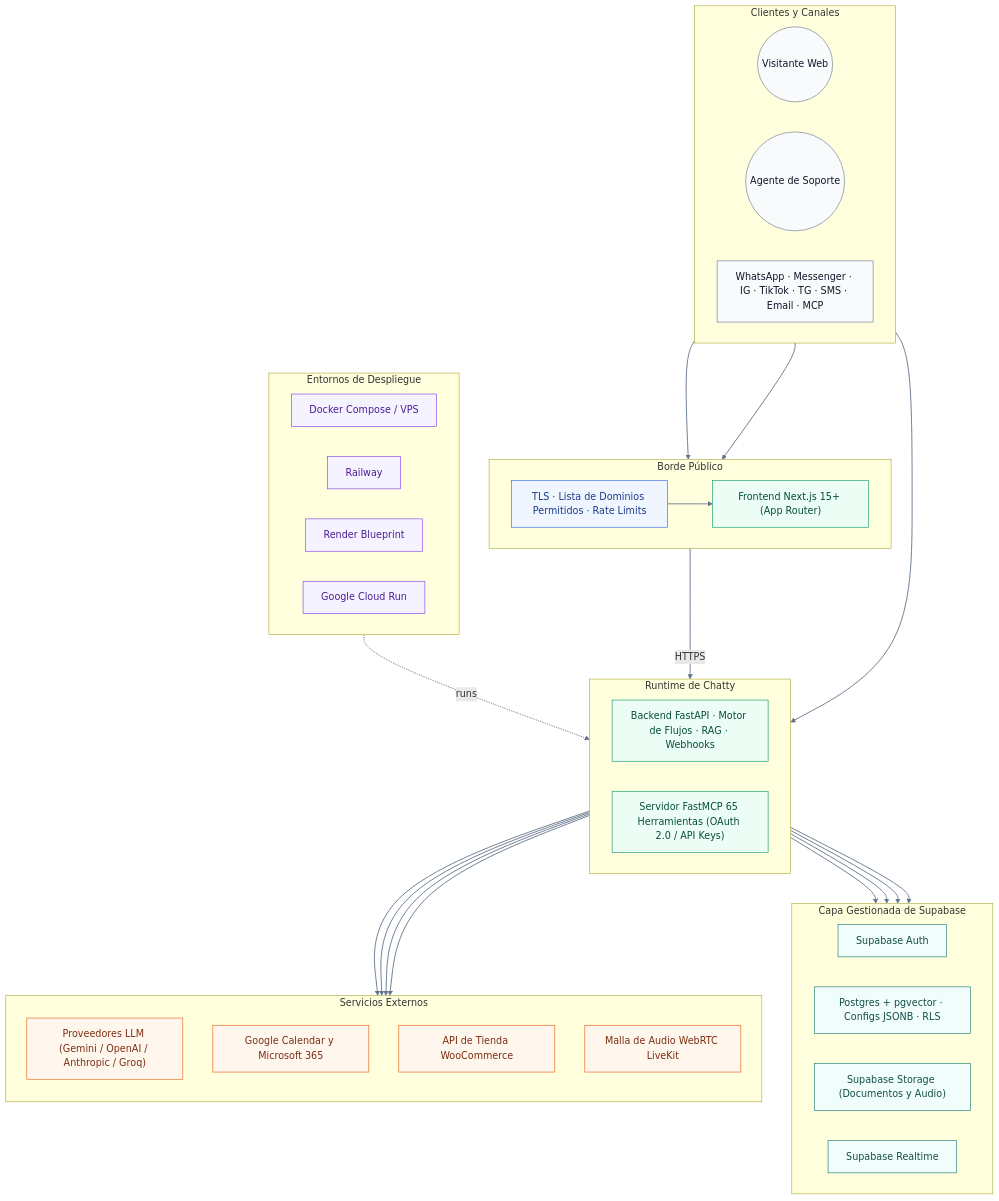
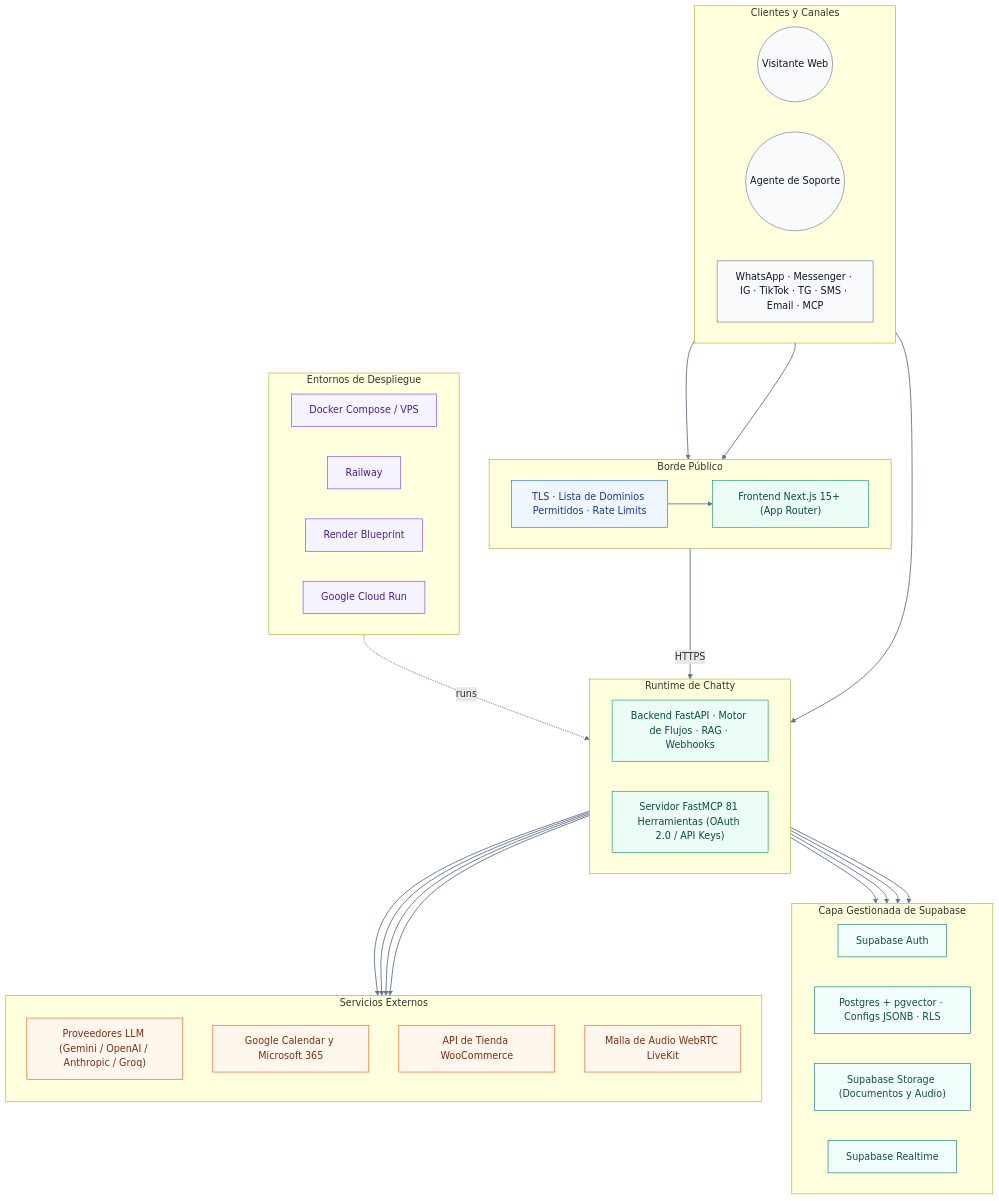
Before and after one commit to PersonaliAI/chatty: the second of 2 diagrams in README.es.md, drawn with Mermaid. The commit also changed other lines of this file and 12 other files, not shown here.

````diff
--- a/README.es.md
+++ b/README.es.md
@@ -339,63 +339,63 @@
 ```mermaid
 flowchart TB
     classDef actor fill:#f8fafc,stroke:#64748b,color:#0f172a
     classDef edge fill:#eff6ff,stroke:#2563eb,color:#1e3a8a
     classDef app fill:#ecfdf5,stroke:#059669,color:#064e3b
     classDef data fill:#f0fdfa,stroke:#0f766e,color:#134e4a
     classDef integration fill:#fff7ed,stroke:#ea580c,color:#7c2d12
     classDef deploy fill:#f5f3ff,stroke:#7c3aed,color:#4c1d95
 
     subgraph clients["Clientes y Canales"]
         direction LR
         visitor(("Visitante Web")):::actor
         operator(("Agente de Soporte")):::actor
         omni["WhatsApp · Messenger · IG · TikTok · TG · SMS · Email · MCP"]:::actor
     end
     subgraph edge["Borde Público"]
         direction LR
         tls["TLS · Lista de Dominios Permitidos · Rate Limits"]:::edge
         web["Frontend Next.js 15+ (App Router)"]:::app
     end
     subgraph runtime["Runtime de Chatty"]
         direction LR
         api["Backend FastAPI · Motor de Flujos · RAG · Webhooks"]:::app
-        mcp["Servidor FastMCP 65 Herramientas (OAuth 2.0 / API Keys)"]:::app
+        mcp["Servidor FastMCP 81 Herramientas (OAuth 2.0 / API Keys)"]:::app
     end
     subgraph managed["Capa Gestionada de Supabase"]
         direction LR
         auth["Supabase Auth"]:::data
         postgres["Postgres + pgvector · Configs JSONB · RLS"]:::data
         storage["Supabase Storage (Documentos y Audio)"]:::data
         realtime["Supabase Realtime"]:::data
     end
     subgraph integrations["Servicios Externos"]
         direction TB
         llm["Proveedores LLM (Gemini / OpenAI / Anthropic / Groq)"]:::integration
         calendar["Google Calendar y Microsoft 365"]:::integration
         wooCommerce["API de Tienda WooCommerce"]:::integration
         voiceLiveKit["Malla de Audio WebRTC LiveKit"]:::integration
     end
     subgraph targets["Entornos de Despliegue"]
         direction LR
         docker["Docker Compose / VPS"]:::deploy
         railway["Railway"]:::deploy
         render["Render Blueprint"]:::deploy
         cloudrun["Google Cloud Run"]:::deploy
     end
 
     visitor --> tls
     operator --> web
     omni --> api
     tls --> web
     web -->|HTTPS| api
     api --> auth
     api --> postgres
     api --> storage
     api --> realtime
     api --> llm
     api --> calendar
     api --> wooCommerce
     api --> voiceLiveKit
     targets -. runs .-> runtime
     linkStyle default stroke:#64748b,stroke-width:1.5px
 ```
````
